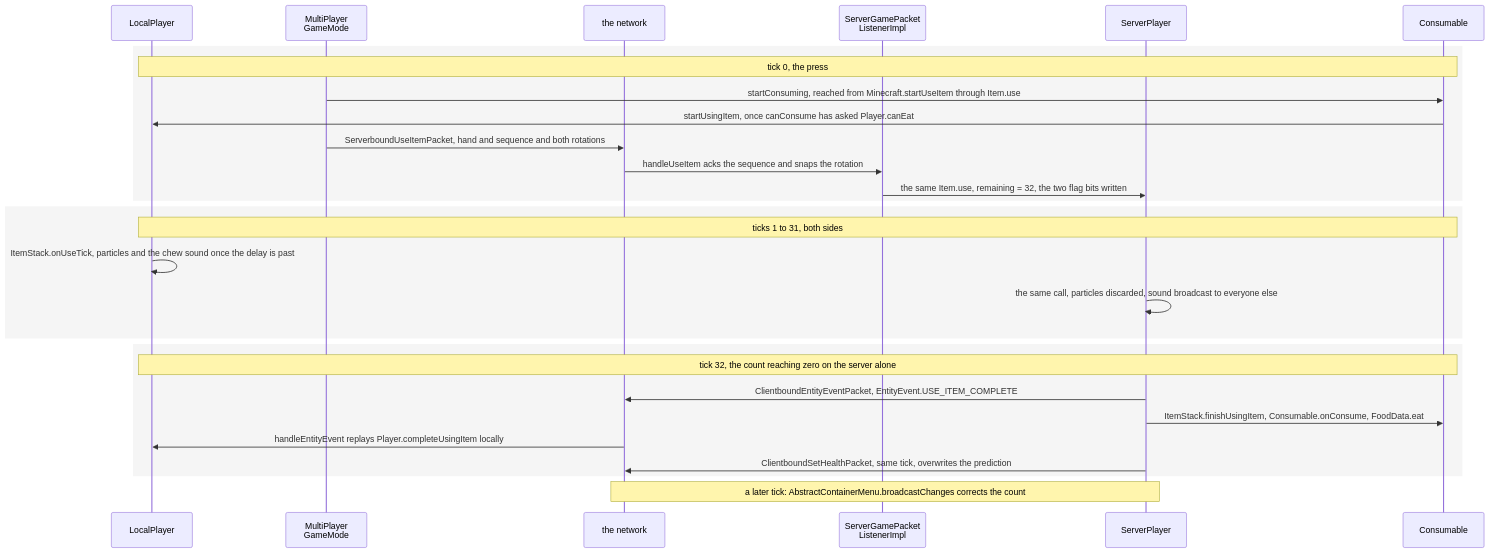
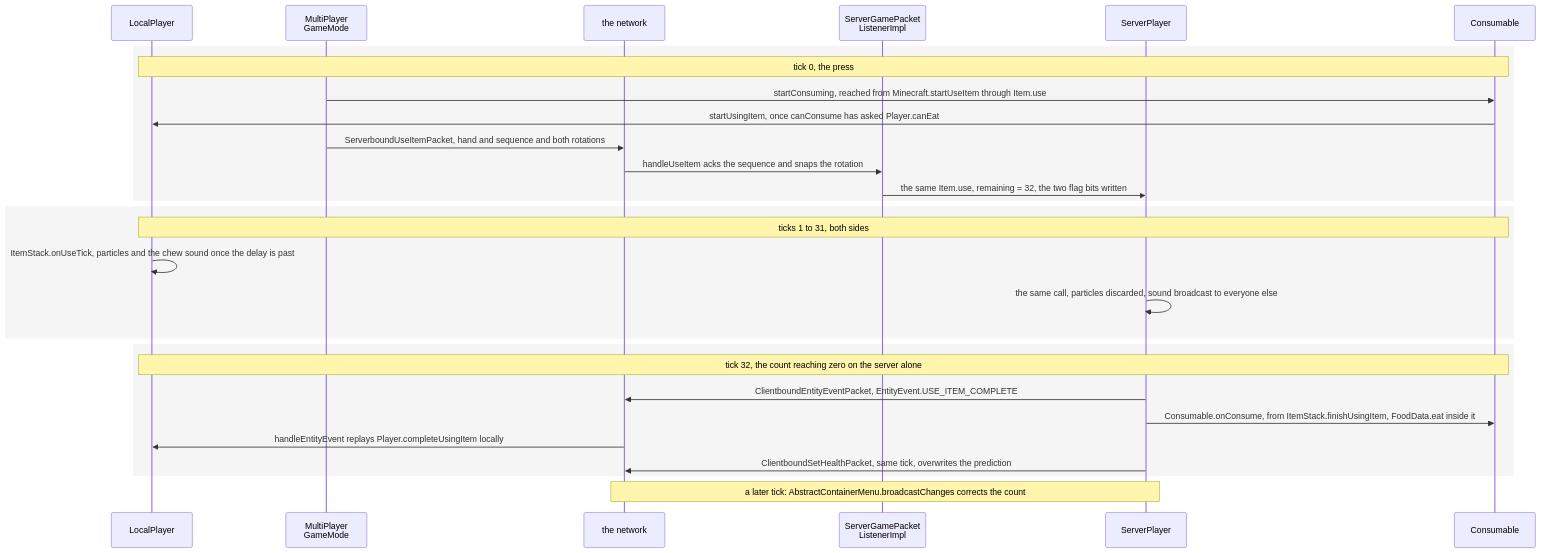
One commit to AlexanderjFraser/MinecraftDocs changed the third of 4 diagrams in src/systems/items/using-an-item.md. Above: the diagram before and after it, drawn with Mermaid. The commit also changed 55 other files, not shown here.

First line of the commit message:
pass 7, session O — the close, before K: the figure gate strict, the landing figures read as one set, and one strike in thirty not borne out

````diff
--- a/src/systems/items/using-an-item.md
+++ b/src/systems/items/using-an-item.md
@@ -298,31 +298,31 @@
 ```mermaid
 sequenceDiagram
     participant LP as LocalPlayer
     participant MPGM as MultiPlayer<br/>GameMode
     participant Wire as the network
     participant SGPL as ServerGamePacket<br/>ListenerImpl
     participant SP as ServerPlayer
     participant Cons as Consumable
 
     rect rgba(0, 0, 0, 0.04)
         Note over LP,Cons: tick 0, the press
         MPGM->>Cons: startConsuming, reached from Minecraft.startUseItem through Item.use
         Cons->>LP: startUsingItem, once canConsume has asked Player.canEat
         MPGM->>Wire: ServerboundUseItemPacket, hand and sequence and both rotations
         Wire->>SGPL: handleUseItem acks the sequence and snaps the rotation
         SGPL->>SP: the same Item.use, remaining = 32, the two flag bits written
     end
     rect rgba(0, 0, 0, 0.04)
         Note over LP,Cons: ticks 1 to 31, both sides
         LP->>LP: ItemStack.onUseTick, particles and the chew sound once the delay is past
         SP->>SP: the same call, particles discarded, sound broadcast to everyone else
     end
     rect rgba(0, 0, 0, 0.04)
         Note over LP,Cons: tick 32, the count reaching zero on the server alone
         SP->>Wire: ClientboundEntityEventPacket, EntityEvent.USE_ITEM_COMPLETE
-        SP->>Cons: ItemStack.finishUsingItem, Consumable.onConsume, FoodData.eat
+        SP->>Cons: Consumable.onConsume, from ItemStack.finishUsingItem, FoodData.eat inside it
         Wire->>LP: handleEntityEvent replays Player.completeUsingItem locally
         SP->>Wire: ClientboundSetHealthPacket, same tick, overwrites the prediction
     end
     Note over Wire,SP: a later tick: AbstractContainerMenu.broadcastChanges corrects the count
 ```
````
